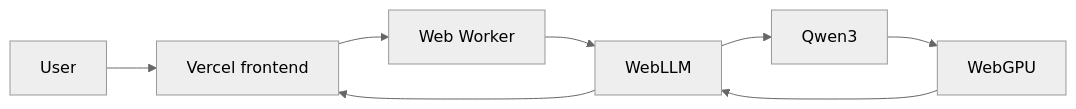
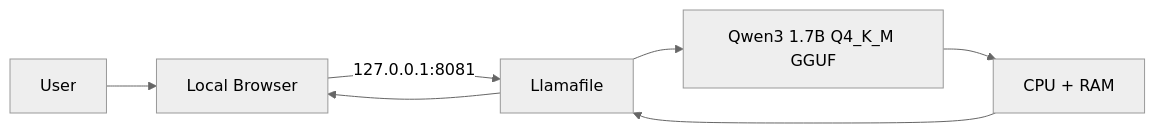
The first of 2 diagrams in README.md (Rishikeshsanin/Rishi-AI-BOT1), drawn with Mermaid (neutral theme) before and after one commit. The commit also changed other lines of this file, not shown here.

````diff
--- a/README.md
+++ b/README.md
@@ -129,10 +250,9 @@
 ```mermaid
 flowchart LR
-    U[User] --> V[Vercel frontend]
-    V --> W[Web Worker]
-    W --> L[WebLLM]
-    L --> Q[Qwen3]
-    Q --> G[WebGPU]
-    G --> L
-    L --> V
+    U[User] --> B[Local Browser]
+    B -->|127.0.0.1:8081| L[Llamafile]
+    L --> Q[Qwen3 1.7B Q4_K_M GGUF]
+    Q --> C[CPU + RAM]
+    C --> L
+    L --> B
 ```
````
